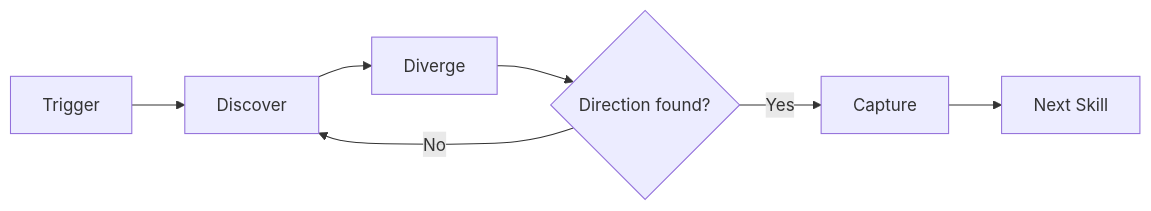
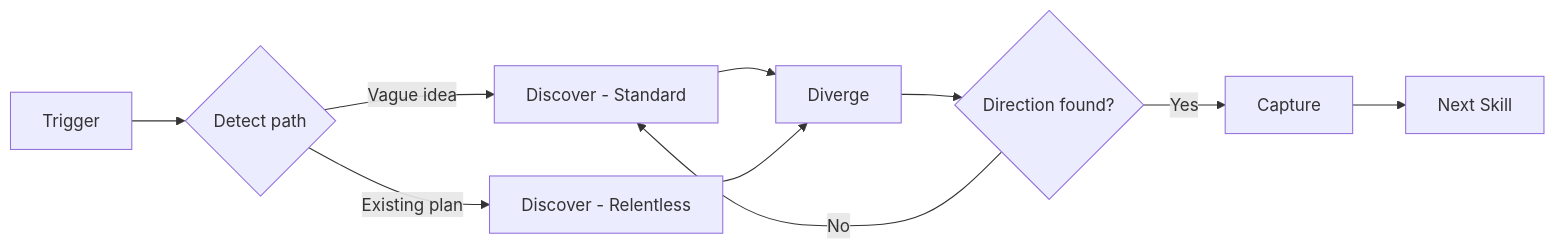
One commit to adeonir/agent-skills changed the diagram in skills/(product)/brainstorming/README.md. Above: the diagram before and after it, drawn with Mermaid. The commit also changed other lines of this file and 6 other files, not shown here.

````diff
--- a/skills/(product)/brainstorming/README.md
+++ b/skills/(product)/brainstorming/README.md
@@ -15,9 +16,12 @@
 ```mermaid
 flowchart LR
-    T[Trigger] --> D[Discover]
-    D --> DV[Diverge]
+    T[Trigger] --> P{Detect path}
+    P -->|Vague idea| DS[Discover - Standard]
+    P -->|Existing plan| DR[Discover - Relentless]
+    DS --> DV[Diverge]
+    DR --> DV
     DV --> C{Direction found?}
     C -->|Yes| CA[Capture]
-    C -->|No| D
+    C -->|No| DS
     CA --> N[Next Skill]
 ```
````
